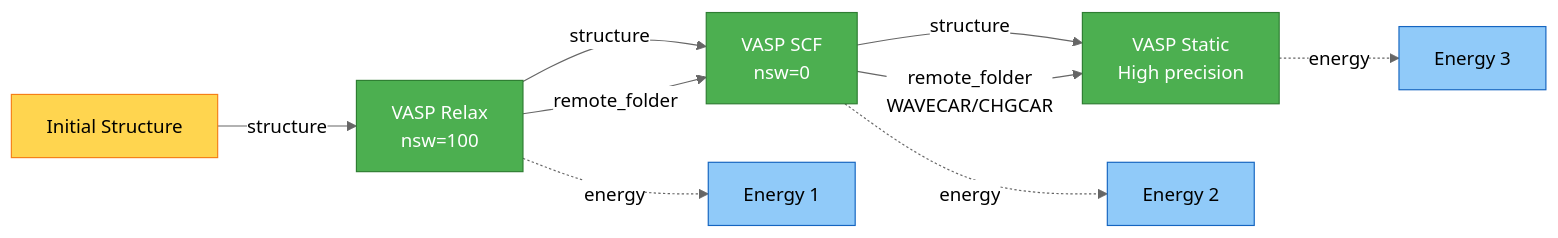
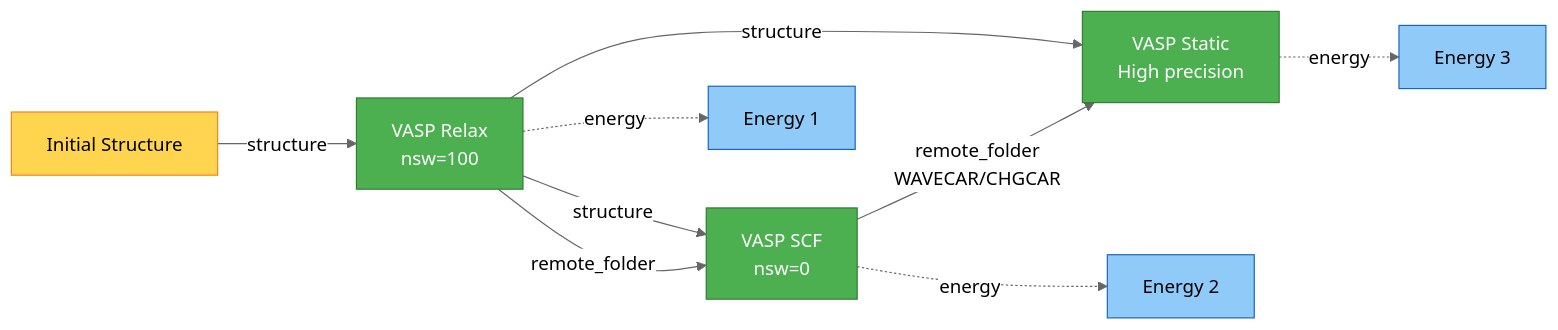
The third of 13 diagrams in BRICK_CONNECTIONS.md (DoriniTT/quantum-lego), drawn with Mermaid (neutral theme) before and after one commit.

````diff
--- a/BRICK_CONNECTIONS.md
+++ b/BRICK_CONNECTIONS.md
@@ -124,20 +124,20 @@
 ```mermaid
 graph LR
     INPUT[Initial Structure] -->|structure| RELAX[VASP Relax<br/>nsw=100]
     RELAX -->|structure| SCF[VASP SCF<br/>nsw=0]
     RELAX -->|remote_folder| SCF
-    SCF -->|structure| STATIC[VASP Static<br/>High precision]
+    RELAX -->|structure| STATIC[VASP Static<br/>High precision]
     SCF -->|remote_folder<br/>WAVECAR/CHGCAR| STATIC
 
     RELAX -.->|energy| OUT1[Energy 1]
     SCF -.->|energy| OUT2[Energy 2]
     STATIC -.->|energy| OUT3[Energy 3]
 
     style RELAX fill:#4CAF50,stroke:#2E7D32,color:#fff
     style SCF fill:#4CAF50,stroke:#2E7D32,color:#fff
     style STATIC fill:#4CAF50,stroke:#2E7D32,color:#fff
     style INPUT fill:#FFD54F,stroke:#F57F17,color:#000
     style OUT1 fill:#90CAF9,stroke:#1565C0,color:#000
     style OUT2 fill:#90CAF9,stroke:#1565C0,color:#000
     style OUT3 fill:#90CAF9,stroke:#1565C0,color:#000
 ```
````
